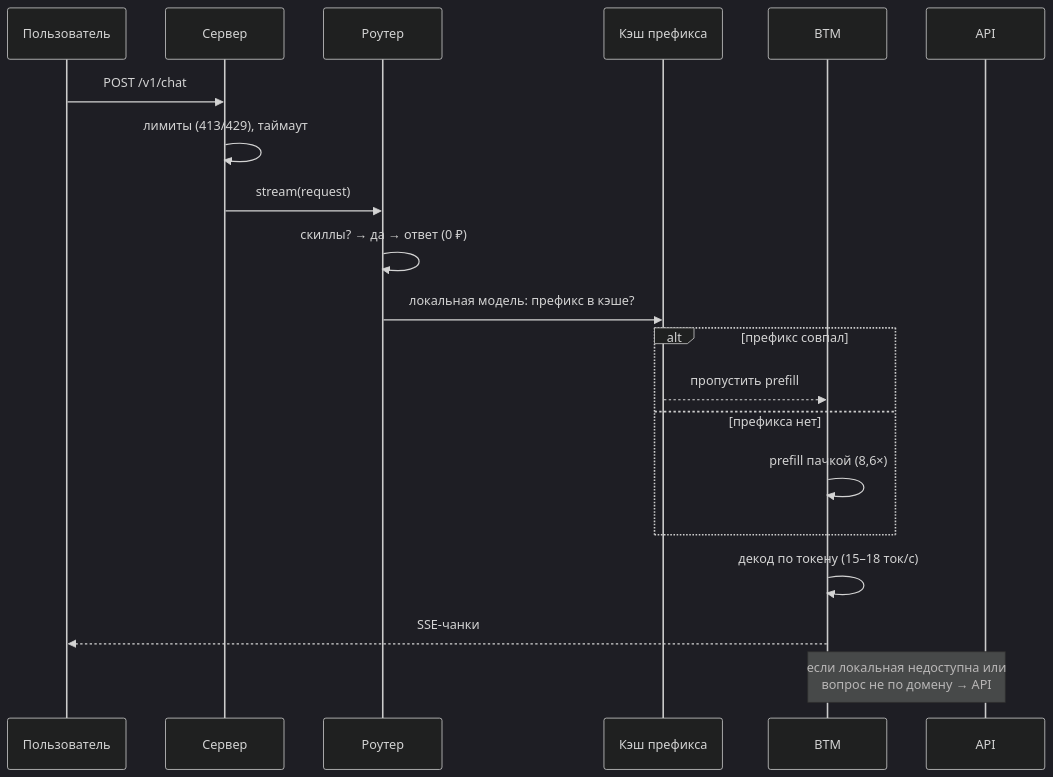
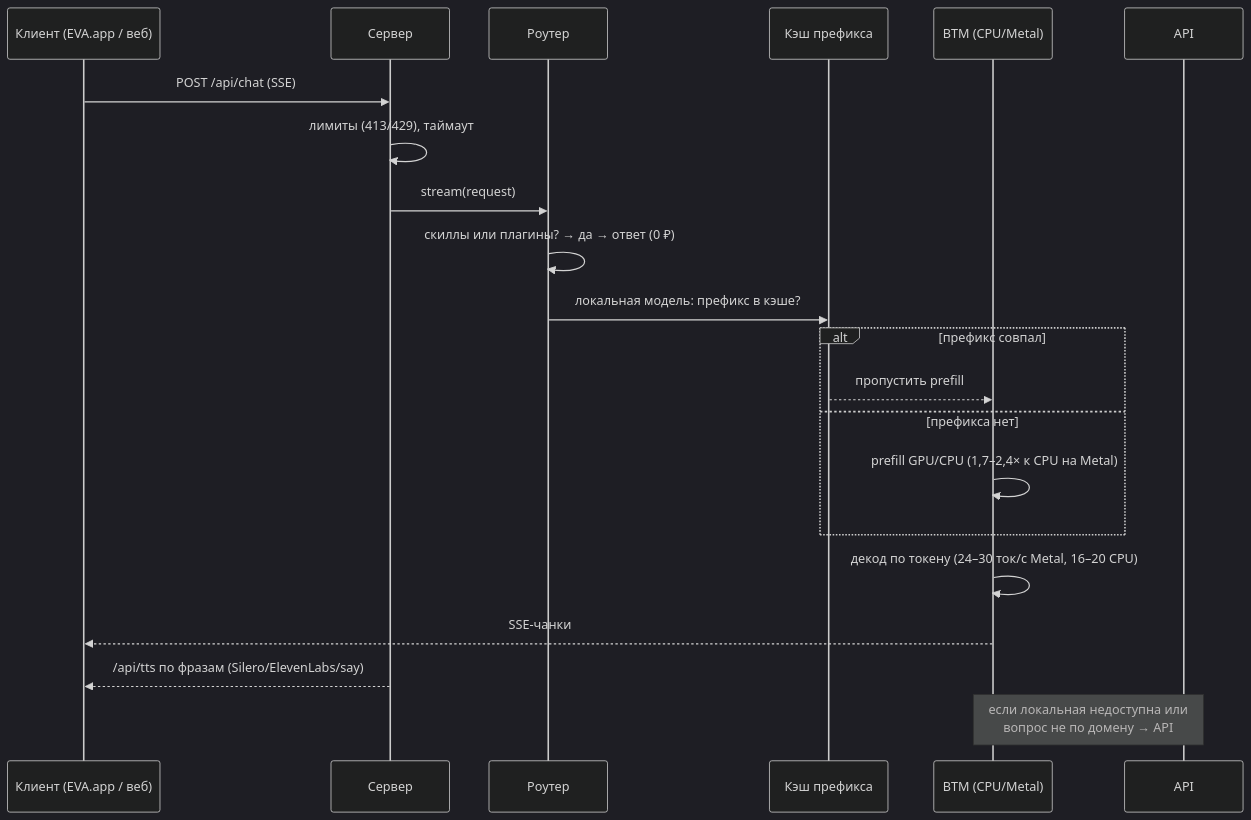
The second of 4 diagrams in docs/architecture.md (agentcity/eva32), drawn with Mermaid (dark theme) before and after one commit. The commit also changed other lines of this file and 29 other files, not shown here.

````diff
--- a/docs/architecture.md
+++ b/docs/architecture.md
@@ -76,23 +108,24 @@
 ```mermaid
 sequenceDiagram
-    participant U as Пользователь
+    participant U as Клиент (EVA.app / веб)
     participant S as Сервер
     participant R as Роутер
     participant C as Кэш префикса
-    participant M as ВТМ
+    participant M as ВТМ (CPU/Metal)
     participant A as API
 
-    U->>S: POST /v1/chat
+    U->>S: POST /api/chat (SSE)
     S->>S: лимиты (413/429), таймаут
     S->>R: stream(request)
-    R->>R: скиллы? → да → ответ (0 ₽)
+    R->>R: скиллы или плагины? → да → ответ (0 ₽)
     R->>C: локальная модель: префикс в кэше?
     alt префикс совпал
         C-->>M: пропустить prefill
     else префикса нет
-        M->>M: prefill пачкой (8,6×)
+        M->>M: prefill GPU/CPU (1,7–2,4× к CPU на Metal)
     end
-    M->>M: декод по токену (15–18 ток/с)
+    M->>M: декод по токену (24–30 ток/с Metal, 16–20 CPU)
     M-->>U: SSE-чанки
+    S-->>U: /api/tts по фразам (Silero/ElevenLabs/say)
     Note over M,A: если локальная недоступна или<br/>вопрос не по домену → API
 ```
````
